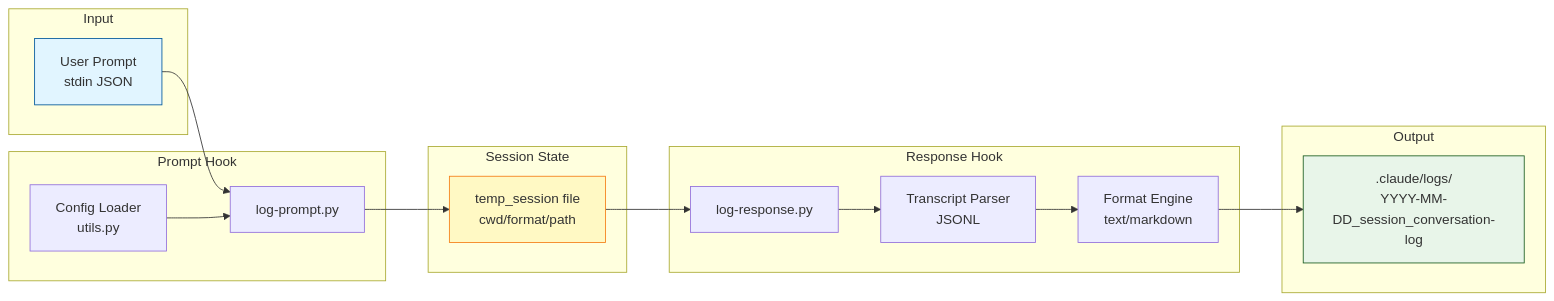
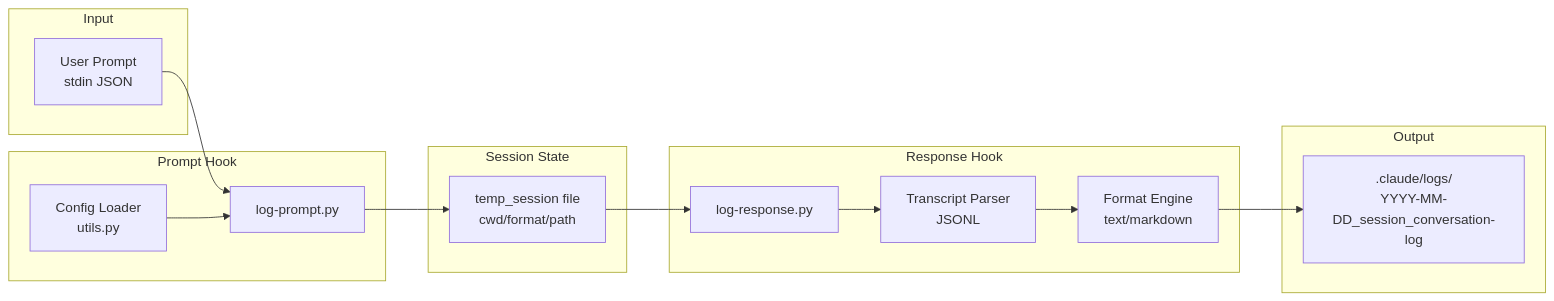
One commit to ecorheim/conversation-logger changed the second of 3 diagrams in README.md. Above: the diagram before and after it, drawn with Mermaid. The commit also changed other lines of this file, not shown here.

Commit message:
📝 docs: remove diagram background colors for better text readability

````diff
--- a/README.md
+++ b/README.md
@@ -60,37 +60,33 @@
 ```mermaid
 graph LR
     subgraph "Input"
         A[User Prompt<br/>stdin JSON]
     end
 
     subgraph "Prompt Hook"
         B[log-prompt.py]
         C[Config Loader<br/>utils.py]
     end
 
     subgraph "Session State"
         D[temp_session file<br/>cwd/format/path]
     end
 
     subgraph "Response Hook"
         E[log-response.py]
         F[Transcript Parser<br/>JSONL]
         G[Format Engine<br/>text/markdown]
     end
 
     subgraph "Output"
         H[.claude/logs/<br/>YYYY-MM-DD_session_conversation-log]
     end
 
     A --> B
     C --> B
     B --> D
     D --> E
     E --> F
     F --> G
     G --> H
-
-    style A fill:#e1f5ff,stroke:#01579b
-    style H fill:#e8f5e9,stroke:#1b5e20
-    style D fill:#fff9c4,stroke:#f57f17
 ```
````
